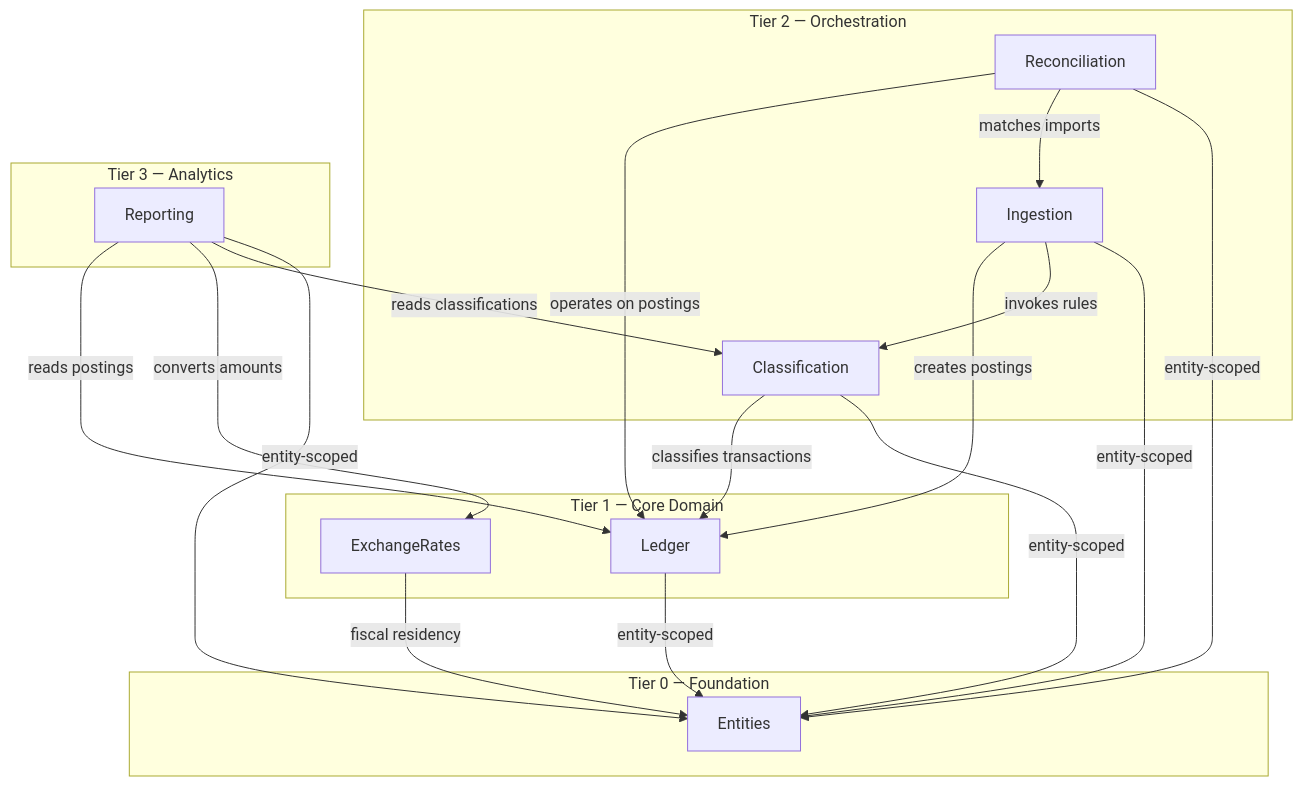
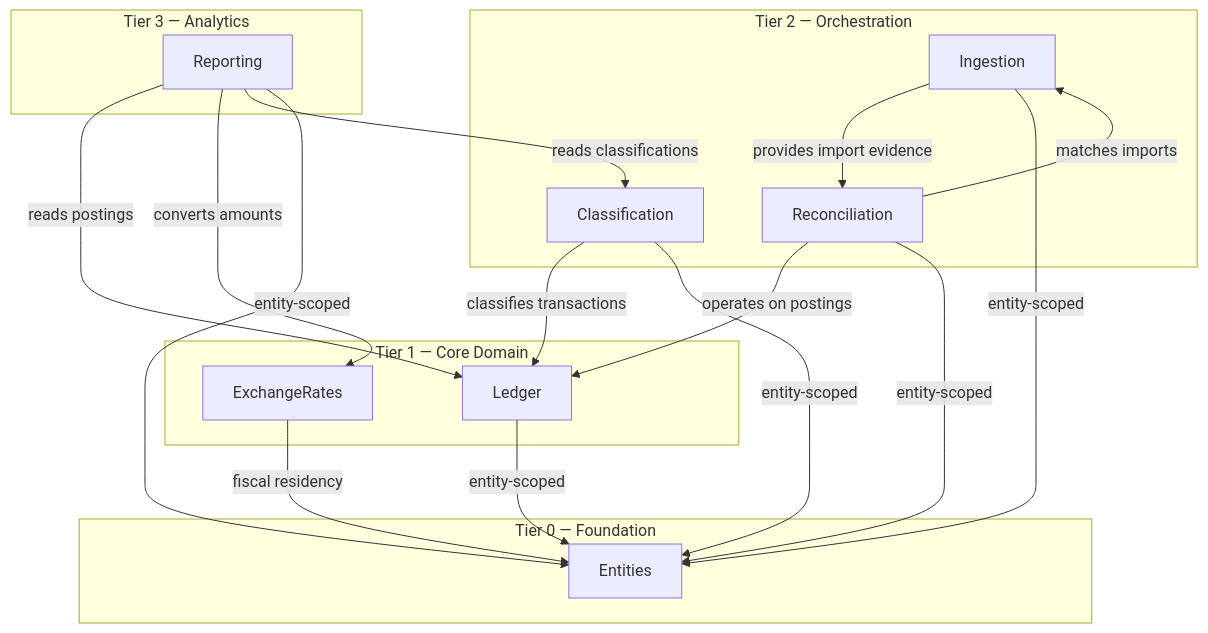
The first of 2 diagrams in docs/domain-model.md (mberrueta/aurum-finance), drawn with Mermaid before and after one commit. The commit also changed other lines of this file and 73 other files, not shown here.

````diff
--- a/docs/domain-model.md
+++ b/docs/domain-model.md
@@ -47,38 +47,37 @@
 ```mermaid
 graph TD
     subgraph "Tier 0 — Foundation"
         ENT[Entities]
     end
 
     subgraph "Tier 1 — Core Domain"
         LED[Ledger]
         FX[ExchangeRates]
     end
 
     subgraph "Tier 2 — Orchestration"
         CLS[Classification]
         ING[Ingestion]
         REC[Reconciliation]
     end
 
     subgraph "Tier 3 — Analytics"
         RPT[Reporting]
     end
 
     LED -->|entity-scoped| ENT
     FX -->|fiscal residency| ENT
 
     CLS -->|classifies transactions| LED
     CLS -->|entity-scoped| ENT
-    ING -->|creates postings| LED
-    ING -->|invokes rules| CLS
+    ING -->|provides import evidence| REC
     ING -->|entity-scoped| ENT
     REC -->|operates on postings| LED
     REC -->|matches imports| ING
     REC -->|entity-scoped| ENT
 
     RPT -->|reads postings| LED
     RPT -->|converts amounts| FX
     RPT -->|reads classifications| CLS
     RPT -->|entity-scoped| ENT
 ```
````
